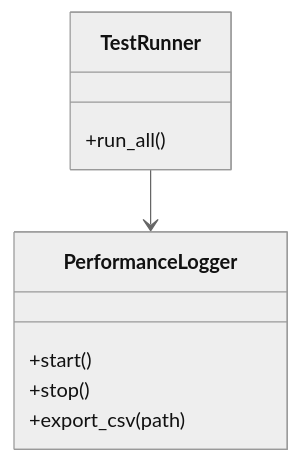
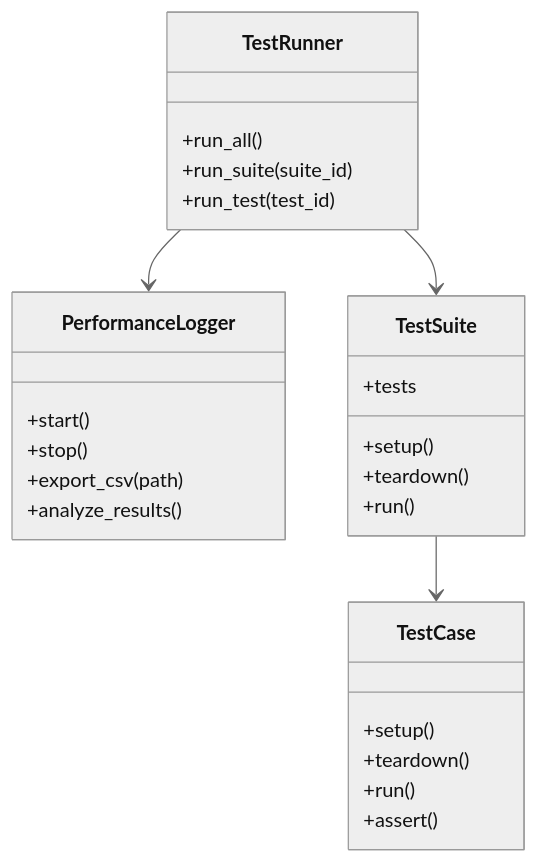
The fourth of 4 diagrams in Docs/10_CoreDocs/15_ImplementationSpecs/15.8_TestPerformanceSpec.md (nel2116/GodotGame), drawn with Mermaid (neutral theme) before and after one commit. The commit also changed other lines of this file and 15 other files, not shown here.

````diff
--- a/Docs/10_CoreDocs/15_ImplementationSpecs/15.8_TestPerformanceSpec.md
+++ b/Docs/10_CoreDocs/15_ImplementationSpecs/15.8_TestPerformanceSpec.md
@@ -65,12 +201,29 @@
 ```mermaid
 classDiagram
     class TestRunner {
         +run_all()
+        +run_suite(suite_id)
+        +run_test(test_id)
     }
     class PerformanceLogger {
         +start()
         +stop()
         +export_csv(path)
+        +analyze_results()
     }
+    class TestSuite {
+        +tests
+        +setup()
+        +teardown()
+        +run()
+    }
+    class TestCase {
+        +setup()
+        +teardown()
+        +run()
+        +assert()
+    }
+    TestRunner --> TestSuite
+    TestSuite --> TestCase
     TestRunner --> PerformanceLogger
 ```
````
